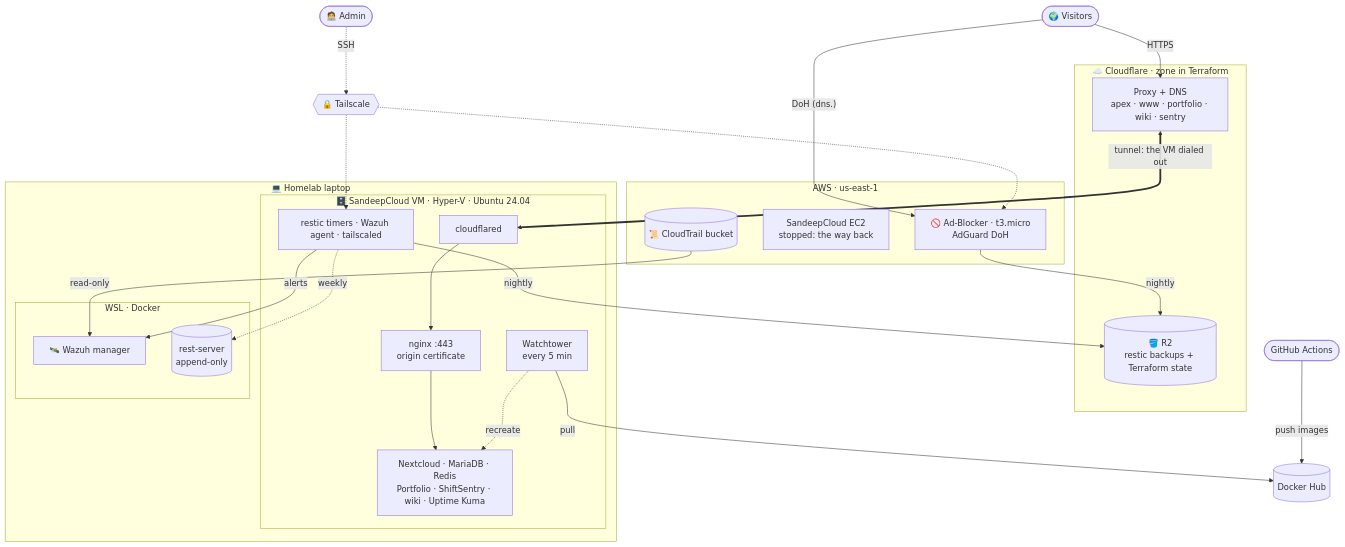
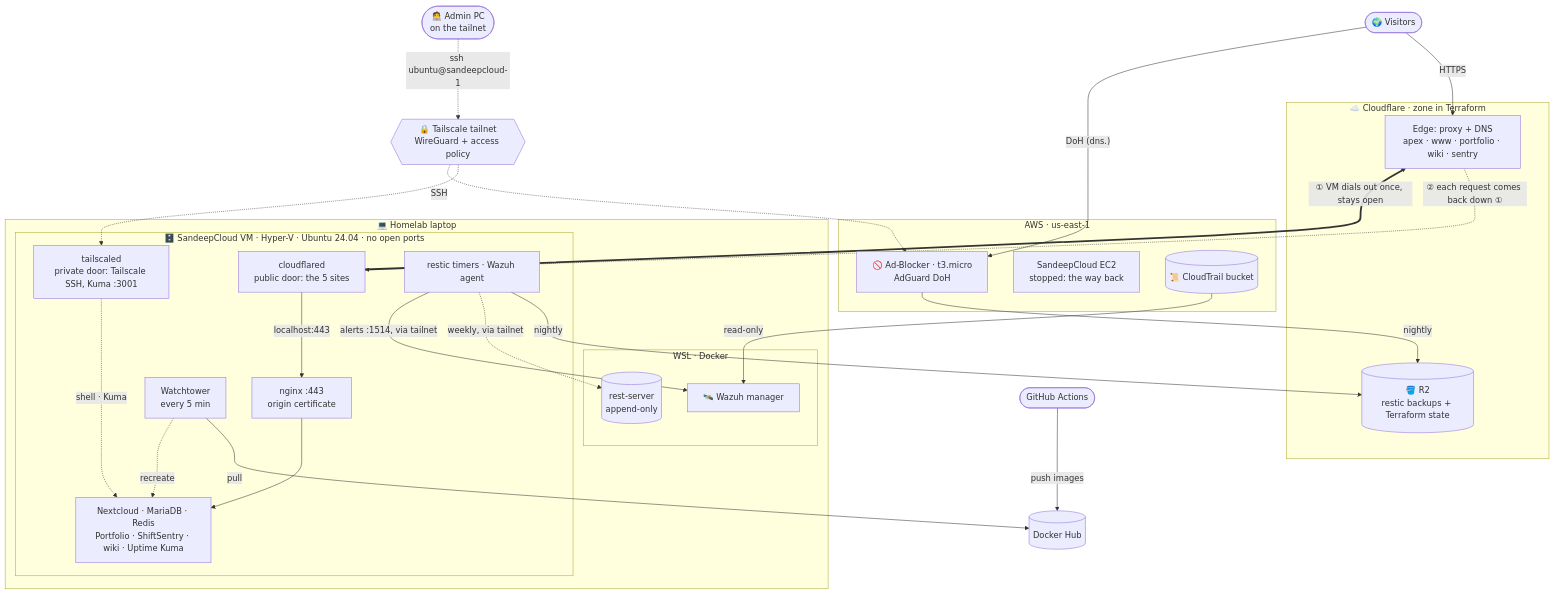
One commit to pokharelsandeep333-commits/SandeepCloud-IAC changed the first of 4 diagrams in README.md. Above: the diagram before and after it, drawn with Mermaid. The commit also changed other lines of this file, not shown here.

Commit message:
docs(readme): show both doors and the tunnel's two steps in the architecture (#22)
cloudflared (public door: the 5 sites) and tailscaled (private door: Tailscale SSH, Uptime Kuma) are now separate boxes, the admin path runs through the tailnet to tailscaled, and the tunnel arrows are numbered: 1 the VM dials out once and keeps the connection, 2 each request comes back down it. Renders in Mermaid 10.9 and 11.4.

````diff
--- a/README.md
+++ b/README.md
@@ -38,43 +38,53 @@
 ```mermaid
 flowchart TB
     user([🌍 Visitors])
-    admin([🧑‍💻 Admin])
+    admin([🧑‍💻 Admin PC<br/>on the tailnet])
     gh([GitHub Actions]) -->|push images| hub[(Docker Hub)]
 
     subgraph cf["☁️ Cloudflare · zone in Terraform"]
-        edge["Proxy + DNS<br/>apex · www · portfolio · wiki · sentry"]
+        edge["Edge: proxy + DNS<br/>apex · www · portfolio · wiki · sentry"]
         r2[("🪣 R2<br/>restic backups + Terraform state")]
     end
 
+    tailnet{{"🔒 Tailscale tailnet<br/>WireGuard + access policy"}}
+
     subgraph laptop["💻 Homelab laptop"]
-        subgraph vm["🗄️ SandeepCloud VM · Hyper-V · Ubuntu 24.04"]
-            cfd["cloudflared"] --> nginx["nginx :443<br/>origin certificate"] --> apps["Nextcloud · MariaDB · Redis<br/>Portfolio · ShiftSentry · wiki · Uptime Kuma"]
+        subgraph vm["🗄️ SandeepCloud VM · Hyper-V · Ubuntu 24.04 · no open ports"]
+            cfd["cloudflared<br/>public door: the 5 sites"]
+            ts["tailscaled<br/>private door: Tailscale SSH, Kuma :3001"]
+            nginx["nginx :443<br/>origin certificate"]
+            apps["Nextcloud · MariaDB · Redis<br/>Portfolio · ShiftSentry · wiki · Uptime Kuma"]
             wt["Watchtower<br/>every 5 min"]
-            host["restic timers · Wazuh agent · tailscaled"]
+            jobs["restic timers · Wazuh agent"]
         end
         subgraph wsl["WSL · Docker"]
             wazuh["🛰️ Wazuh manager"]
             rest[("rest-server<br/>append-only")]
         end
     end
 
     subgraph aws["AWS · us-east-1"]
         ab["🚫 Ad-Blocker · t3.micro<br/>AdGuard DoH"]
         old["SandeepCloud EC2<br/>stopped: the way back"]
         trail[("📜 CloudTrail bucket")]
     end
 
-    tailnet{{"🔒 Tailscale"}}
+    user -->|HTTPS| edge
+    cfd ==>|"① VM dials out once, stays open"| edge
+    edge -.->|"② each request comes back down ①"| cfd
+    cfd -->|"localhost:443"| nginx --> apps
+    user -->|"DoH (dns.)"| ab
 
-    user -->|HTTPS| edge
-    user -->|"DoH (dns.)"| ab
-    edge <==>|"tunnel: the VM dialed out"| cfd
+    admin -.->|"ssh ubuntu@sandeepcloud-1"| tailnet
+    tailnet -.-> ts
+    tailnet -.->|SSH| ab
+    ts -.->|"shell · Kuma"| apps
+
     wt -->|pull| hub
     wt -.->|recreate| apps
-    host -->|nightly| r2
+    jobs -->|nightly| r2
     ab -->|nightly| r2
-    host -.->|weekly| rest
-    host -->|alerts| wazuh
+    jobs -.->|"weekly, via tailnet"| rest
+    jobs -->|"alerts :1514, via tailnet"| wazuh
     trail -->|read-only| wazuh
-    admin -.->|SSH| tailnet -.-> host & ab
 ```
````
